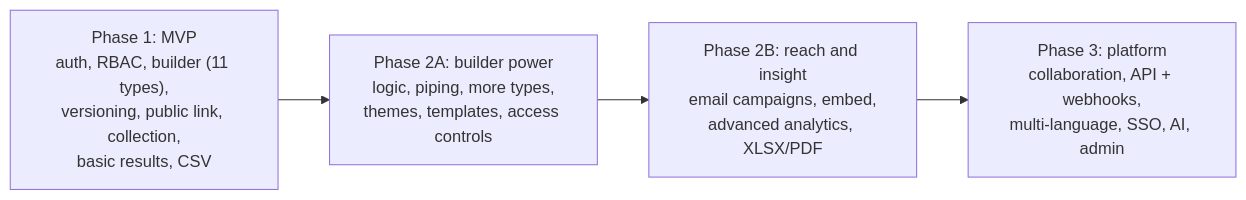
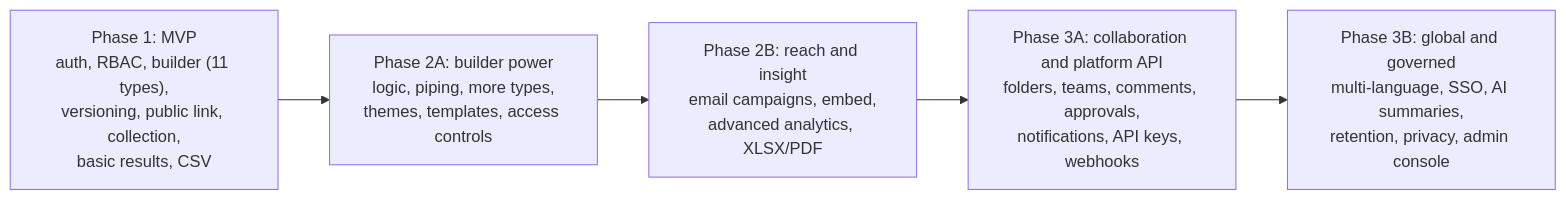
Before and after one commit to Gvo87/Survey-Management: the diagram in docs/04-roadmap.md, drawn with Mermaid. The commit also changed other lines of this file and 64 other files, not shown here.

First line of the commit message:
Add Phase 3A: collaboration, public API and webhooks

````diff
--- a/docs/04-roadmap.md
+++ b/docs/04-roadmap.md
@@ -8,8 +8,9 @@
 ```mermaid
 flowchart LR
   P1["Phase 1: MVP<br/>auth, RBAC, builder (11 types),<br/>versioning, public link, collection,<br/>basic results, CSV"]
   P2A["Phase 2A: builder power<br/>logic, piping, more types,<br/>themes, templates, access controls"]
   P2B["Phase 2B: reach and insight<br/>email campaigns, embed,<br/>advanced analytics, XLSX/PDF"]
-  P3["Phase 3: platform<br/>collaboration, API + webhooks,<br/>multi-language, SSO, AI, admin"]
-  P1 --> P2A --> P2B --> P3
+  P3A["Phase 3A: collaboration and platform API<br/>folders, teams, comments, approvals,<br/>notifications, API keys, webhooks"]
+  P3B["Phase 3B: global and governed<br/>multi-language, SSO, AI summaries,<br/>retention, privacy, admin console"]
+  P1 --> P2A --> P2B --> P3A --> P3B
 ```
````
